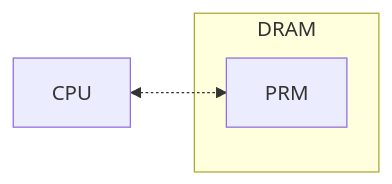
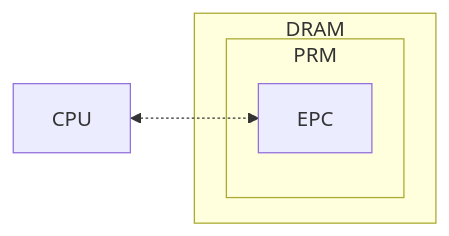
One commit to evan361425/evan361425.github.io changed the diagram in src/essay/confidential-computing.md. Above: the diagram before and after it, drawn with Mermaid. The commit also changed other lines of this file, not shown here.

````diff
--- a/src/essay/confidential-computing.md
+++ b/src/essay/confidential-computing.md
@@ -58,7 +56,9 @@
 ```mermaid
 flowchart LR
   subgraph DRAM
-    PRM
+    subgraph PRM
+        EPC
+    end
   end
-  CPU <-.-> PRM
+  CPU <-.-> EPC
 ```
````
